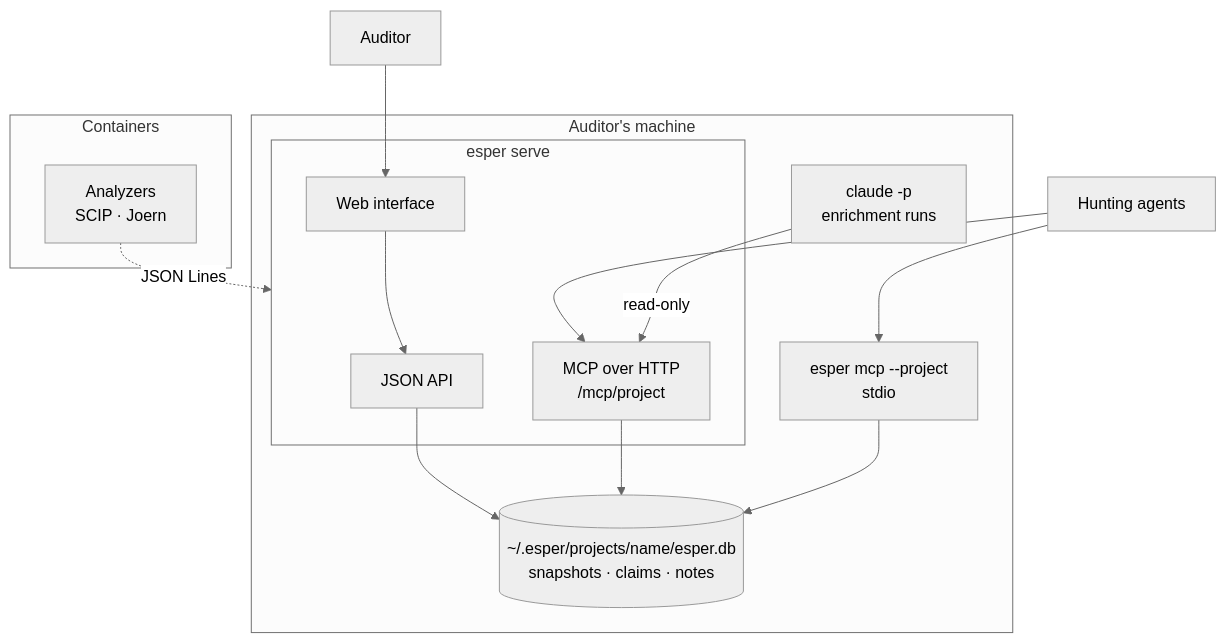
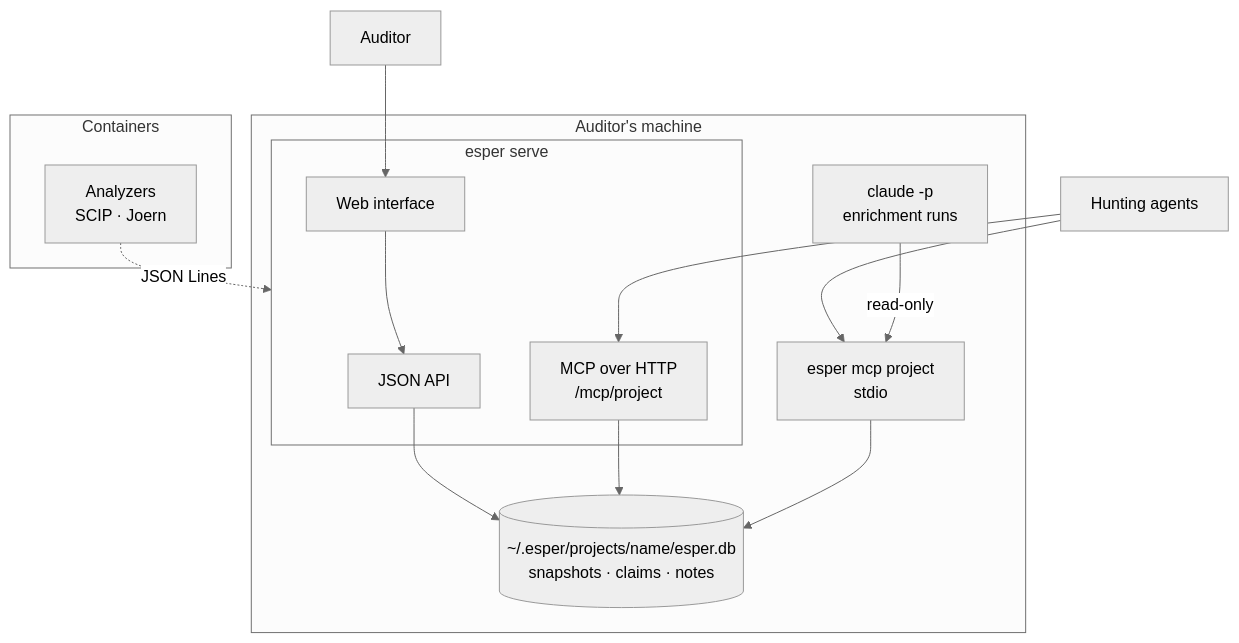
One commit to JoshuaMart/Esper changed the fifth of 6 diagrams in docs/src/content/docs/how-it-works.md. Above: the diagram before and after it, drawn with Mermaid (neutral theme). The commit also changed other lines of this file and 3 other files, not shown here.

````diff
--- a/docs/src/content/docs/how-it-works.md
+++ b/docs/src/content/docs/how-it-works.md
@@ -153,25 +154,25 @@
 ```mermaid
 flowchart TB
     subgraph host ["Auditor's machine"]
         subgraph esper ["esper serve"]
             API["JSON API"]
             MCPH["MCP over HTTP<br/>/mcp/project"]
             UI["Web interface"]
         end
-        STDIO["esper mcp --project<br/>stdio"]
+        STDIO["esper mcp project<br/>stdio"]
         DB[("~/.esper/projects/name/esper.db<br/>snapshots · claims · notes")]
         CC["claude -p<br/>enrichment runs"]
     end
     subgraph box ["Containers"]
         ANZ["Analyzers<br/>SCIP · Joern"]
     end
     AG["Hunting agents"] --> STDIO
     AG --> MCPH
     HU["Auditor"] --> UI
     UI --> API
     API --> DB
     MCPH --> DB
     STDIO --> DB
-    CC -- "read-only" --> MCPH
+    CC -- "read-only" --> STDIO
     ANZ -. "JSON Lines" .-> esper
 ```
````
